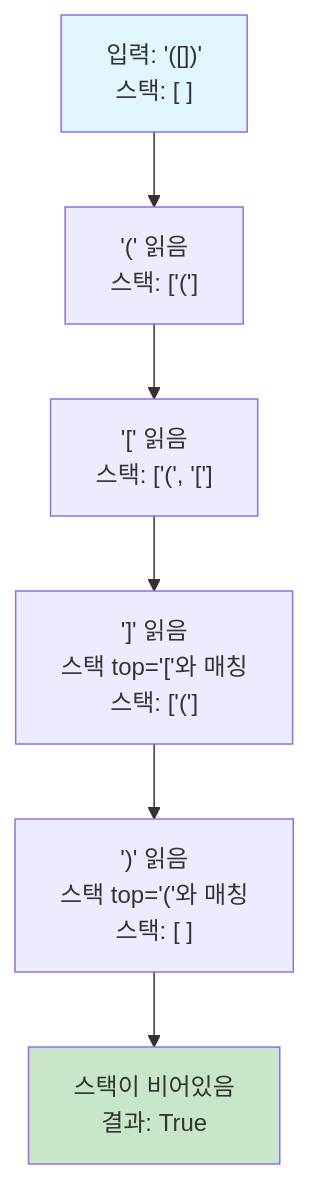
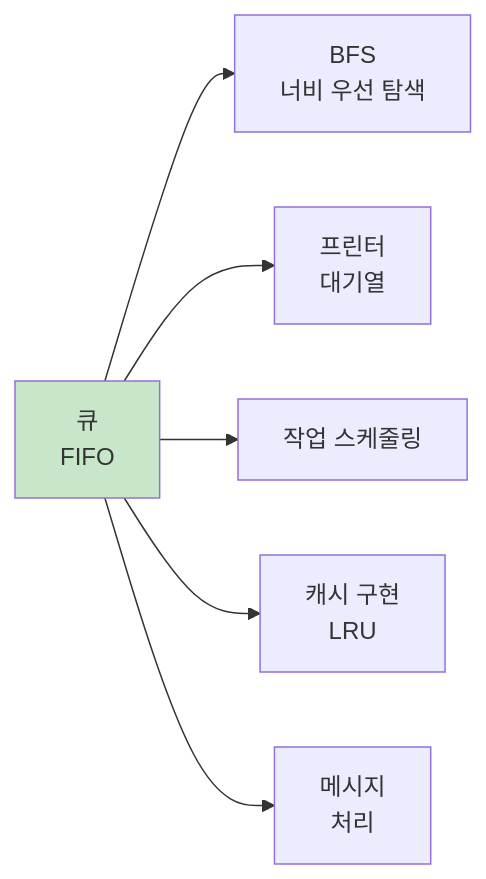
Before and after one commit to nugurejeil/weniVooks: the sixth of 6 diagrams in _md/essentials-codingtest/chapter03/03-2.md, drawn with Mermaid. The commit also changed other lines of this file and 4 other files, not shown here.

````diff
--- a/_md/essentials-codingtest/chapter03/03-2.md
+++ b/_md/essentials-codingtest/chapter03/03-2.md
@@ -319,11 +301,10 @@
 ```mermaid
-graph TD
-    A["입력: '([])' <br/>스택: [ ]"] --> B["'(' 읽음<br/>스택: ['(']"]
-    B --> C["'[' 읽음<br/>스택: ['(', '[']"]
-    C --> D["']' 읽음<br/>스택 top='['와 매칭<br/>스택: ['(']"]
-    D --> E["')' 읽음<br/>스택 top='('와 매칭<br/>스택: [ ]"]
-    E --> F["스택이 비어있음<br/>결과: True"]
+graph LR
+    A["큐<br/>FIFO"] --> B["BFS<br/>너비 우선 탐색"]
+    A --> C["프린터<br/>대기열"]
+    A --> D["작업 스케줄링"]
+    A --> E["캐시 구현<br/>LRU"]
+    A --> F["메시지<br/>처리"]
 
-    style A fill:#e1f5ff
-    style F fill:#c8e6c9
+    style A fill:#c8e6c9
 ```
````
